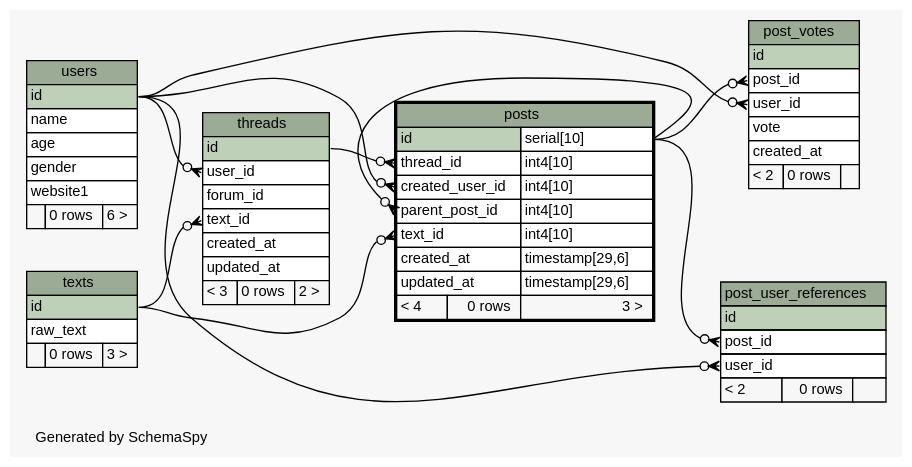
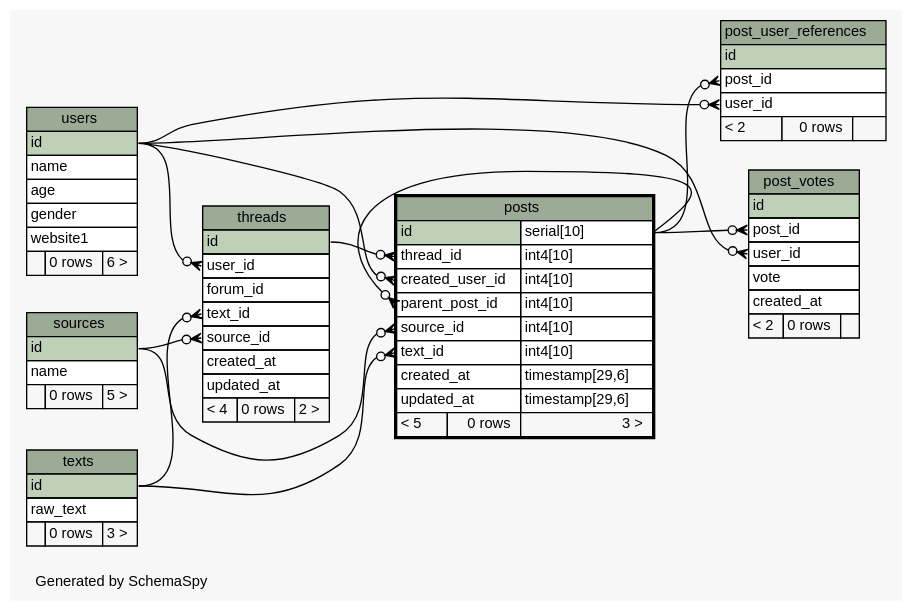
One commit to ryanaustincarlson/moocdb changed the diagram in library/diagrams/posts.1degree.dot. Above: the diagram before and after it, drawn with Graphviz. The commit also changed 79 other files, not shown here.

Commit message:
Adding source_id to threads and posts etc.

```diff
--- a/library/diagrams/posts.1degree.dot
+++ b/library/diagrams/posts.1degree.dot
@@ -1,114 +1,129 @@
 // dot 2.34.0 on Mac OS X 10.8.3
 // SchemaSpy rev 590
 digraph "oneDegreeRelationshipsDiagram" {
   graph [
     rankdir="RL"
     bgcolor="#f7f7f7"
     label="\nGenerated by SchemaSpy"
     labeljust="l"
     nodesep="0.18"
     ranksep="0.46"
     fontname="Helvetica"
     fontsize="11"
   ];
   node [
     fontname="Helvetica"
     fontsize="11"
     shape="plaintext"
   ];
   edge [
     arrowsize="0.8"
   ];
   "post_user_references":"post_id":w -> "posts":"id.type":e [arrowhead=none dir=back arrowtail=crowodot];
   "post_user_references":"user_id":w -> "users":"id":e [arrowhead=none dir=back arrowtail=crowodot];
   "post_votes":"post_id":w -> "posts":"id.type":e [arrowhead=none dir=back arrowtail=crowodot];
   "post_votes":"user_id":w -> "users":"id":e [arrowhead=none dir=back arrowtail=crowodot];
   "posts":"created_user_id":w -> "users":"id":e [arrowhead=none dir=back arrowtail=crowodot];
   "posts":"parent_post_id":w -> "posts":"id.type":e [arrowhead=none dir=back arrowtail=crowodot];
+  "posts":"source_id":w -> "sources":"id":e [arrowhead=none dir=back arrowtail=crowodot];
   "posts":"text_id":w -> "texts":"id":e [arrowhead=none dir=back arrowtail=crowodot];
   "posts":"thread_id":w -> "threads":"id":e [arrowhead=none dir=back arrowtail=crowodot];
+  "threads":"source_id":w -> "sources":"id":e [arrowhead=none dir=back arrowtail=crowodot];
   "threads":"text_id":w -> "texts":"id":e [arrowhead=none dir=back arrowtail=crowodot];
   "threads":"user_id":w -> "users":"id":e [arrowhead=none dir=back arrowtail=crowodot];
   "post_user_references" [
     label=<
     <TABLE BORDER="0" CELLBORDER="1" CELLSPACING="0" BGCOLOR="#ffffff">
       <TR><TD COLSPAN="3" BGCOLOR="#9bab96" ALIGN="CENTER">post_user_references</TD></TR>
       <TR><TD PORT="id" COLSPAN="3" BGCOLOR="#bed1b8" ALIGN="LEFT">id</TD></TR>
       <TR><TD PORT="post_id" COLSPAN="3" ALIGN="LEFT">post_id</TD></TR>
       <TR><TD PORT="user_id" COLSPAN="3" ALIGN="LEFT">user_id</TD></TR>
       <TR><TD ALIGN="LEFT" BGCOLOR="#f7f7f7">&lt; 2</TD><TD ALIGN="RIGHT" BGCOLOR="#f7f7f7">0 rows</TD><TD ALIGN="RIGHT" BGCOLOR="#f7f7f7">  </TD></TR>
     </TABLE>>
     URL="post_user_references.html"
     tooltip="post_user_references"
   ];
   "post_votes" [
     label=<
     <TABLE BORDER="0" CELLBORDER="1" CELLSPACING="0" BGCOLOR="#ffffff">
       <TR><TD COLSPAN="3" BGCOLOR="#9bab96" ALIGN="CENTER">post_votes</TD></TR>
       <TR><TD PORT="id" COLSPAN="3" BGCOLOR="#bed1b8" ALIGN="LEFT">id</TD></TR>
       <TR><TD PORT="post_id" COLSPAN="3" ALIGN="LEFT">post_id</TD></TR>
       <TR><TD PORT="user_id" COLSPAN="3" ALIGN="LEFT">user_id</TD></TR>
       <TR><TD PORT="vote" COLSPAN="3" ALIGN="LEFT">vote</TD></TR>
       <TR><TD PORT="created_at" COLSPAN="3" ALIGN="LEFT">created_at</TD></TR>
       <TR><TD ALIGN="LEFT" BGCOLOR="#f7f7f7">&lt; 2</TD><TD ALIGN="RIGHT" BGCOLOR="#f7f7f7">0 rows</TD><TD ALIGN="RIGHT" BGCOLOR="#f7f7f7">  </TD></TR>
     </TABLE>>
     URL="post_votes.html"
     tooltip="post_votes"
   ];
   "posts" [
     label=<
     <TABLE BORDER="2" CELLBORDER="1" CELLSPACING="0" BGCOLOR="#ffffff">
       <TR><TD COLSPAN="3" BGCOLOR="#9bab96" ALIGN="CENTER">posts</TD></TR>
       <TR><TD PORT="id" COLSPAN="2" BGCOLOR="#bed1b8" ALIGN="LEFT">id</TD><TD PORT="id.type" ALIGN="LEFT">serial[10]</TD></TR>
       <TR><TD PORT="thread_id" COLSPAN="2" ALIGN="LEFT">thread_id</TD><TD PORT="thread_id.type" ALIGN="LEFT">int4[10]</TD></TR>
       <TR><TD PORT="created_user_id" COLSPAN="2" ALIGN="LEFT">created_user_id</TD><TD PORT="created_user_id.type" ALIGN="LEFT">int4[10]</TD></TR>
       <TR><TD PORT="parent_post_id" COLSPAN="2" ALIGN="LEFT">parent_post_id</TD><TD PORT="parent_post_id.type" ALIGN="LEFT">int4[10]</TD></TR>
+      <TR><TD PORT="source_id" COLSPAN="2" ALIGN="LEFT">source_id</TD><TD PORT="source_id.type" ALIGN="LEFT">int4[10]</TD></TR>
       <TR><TD PORT="text_id" COLSPAN="2" ALIGN="LEFT">text_id</TD><TD PORT="text_id.type" ALIGN="LEFT">int4[10]</TD></TR>
       <TR><TD PORT="created_at" COLSPAN="2" ALIGN="LEFT">created_at</TD><TD PORT="created_at.type" ALIGN="LEFT">timestamp[29,6]</TD></TR>
       <TR><TD PORT="updated_at" COLSPAN="2" ALIGN="LEFT">updated_at</TD><TD PORT="updated_at.type" ALIGN="LEFT">timestamp[29,6]</TD></TR>
-      <TR><TD ALIGN="LEFT" BGCOLOR="#f7f7f7">&lt; 4</TD><TD ALIGN="RIGHT" BGCOLOR="#f7f7f7">0 rows</TD><TD ALIGN="RIGHT" BGCOLOR="#f7f7f7">3 &gt;</TD></TR>
+      <TR><TD ALIGN="LEFT" BGCOLOR="#f7f7f7">&lt; 5</TD><TD ALIGN="RIGHT" BGCOLOR="#f7f7f7">0 rows</TD><TD ALIGN="RIGHT" BGCOLOR="#f7f7f7">3 &gt;</TD></TR>
     </TABLE>>
     URL="posts.html"
     tooltip="posts"
+  ];
+  "sources" [
+    label=<
+    <TABLE BORDER="0" CELLBORDER="1" CELLSPACING="0" BGCOLOR="#ffffff">
+      <TR><TD COLSPAN="3" BGCOLOR="#9bab96" ALIGN="CENTER">sources</TD></TR>
+      <TR><TD PORT="id" COLSPAN="3" BGCOLOR="#bed1b8" ALIGN="LEFT">id</TD></TR>
+      <TR><TD PORT="name" COLSPAN="3" ALIGN="LEFT">name</TD></TR>
+      <TR><TD ALIGN="LEFT" BGCOLOR="#f7f7f7">  </TD><TD ALIGN="RIGHT" BGCOLOR="#f7f7f7">0 rows</TD><TD ALIGN="RIGHT" BGCOLOR="#f7f7f7">5 &gt;</TD></TR>
+    </TABLE>>
+    URL="sources.html"
+    tooltip="sources"
   ];
   "texts" [
     label=<
     <TABLE BORDER="0" CELLBORDER="1" CELLSPACING="0" BGCOLOR="#ffffff">
       <TR><TD COLSPAN="3" BGCOLOR="#9bab96" ALIGN="CENTER">texts</TD></TR>
       <TR><TD PORT="id" COLSPAN="3" BGCOLOR="#bed1b8" ALIGN="LEFT">id</TD></TR>
       <TR><TD PORT="raw_text" COLSPAN="3" ALIGN="LEFT">raw_text</TD></TR>
       <TR><TD ALIGN="LEFT" BGCOLOR="#f7f7f7">  </TD><TD ALIGN="RIGHT" BGCOLOR="#f7f7f7">0 rows</TD><TD ALIGN="RIGHT" BGCOLOR="#f7f7f7">3 &gt;</TD></TR>
     </TABLE>>
     URL="texts.html"
     tooltip="texts"
   ];
   "threads" [
     label=<
     <TABLE BORDER="0" CELLBORDER="1" CELLSPACING="0" BGCOLOR="#ffffff">
       <TR><TD COLSPAN="3" BGCOLOR="#9bab96" ALIGN="CENTER">threads</TD></TR>
       <TR><TD PORT="id" COLSPAN="3" BGCOLOR="#bed1b8" ALIGN="LEFT">id</TD></TR>
       <TR><TD PORT="user_id" COLSPAN="3" ALIGN="LEFT">user_id</TD></TR>
       <TR><TD PORT="forum_id" COLSPAN="3" ALIGN="LEFT">forum_id</TD></TR>
       <TR><TD PORT="text_id" COLSPAN="3" ALIGN="LEFT">text_id</TD></TR>
+      <TR><TD PORT="source_id" COLSPAN="3" ALIGN="LEFT">source_id</TD></TR>
       <TR><TD PORT="created_at" COLSPAN="3" ALIGN="LEFT">created_at</TD></TR>
       <TR><TD PORT="updated_at" COLSPAN="3" ALIGN="LEFT">updated_at</TD></TR>
-      <TR><TD ALIGN="LEFT" BGCOLOR="#f7f7f7">&lt; 3</TD><TD ALIGN="RIGHT" BGCOLOR="#f7f7f7">0 rows</TD><TD ALIGN="RIGHT" BGCOLOR="#f7f7f7">2 &gt;</TD></TR>
+      <TR><TD ALIGN="LEFT" BGCOLOR="#f7f7f7">&lt; 4</TD><TD ALIGN="RIGHT" BGCOLOR="#f7f7f7">0 rows</TD><TD ALIGN="RIGHT" BGCOLOR="#f7f7f7">2 &gt;</TD></TR>
     </TABLE>>
     URL="threads.html"
     tooltip="threads"
   ];
   "users" [
     label=<
     <TABLE BORDER="0" CELLBORDER="1" CELLSPACING="0" BGCOLOR="#ffffff">
       <TR><TD COLSPAN="3" BGCOLOR="#9bab96" ALIGN="CENTER">users</TD></TR>
       <TR><TD PORT="id" COLSPAN="3" BGCOLOR="#bed1b8" ALIGN="LEFT">id</TD></TR>
       <TR><TD PORT="name" COLSPAN="3" ALIGN="LEFT">name</TD></TR>
       <TR><TD PORT="age" COLSPAN="3" ALIGN="LEFT">age</TD></TR>
       <TR><TD PORT="gender" COLSPAN="3" ALIGN="LEFT">gender</TD></TR>
       <TR><TD PORT="website1" COLSPAN="3" ALIGN="LEFT">website1</TD></TR>
       <TR><TD ALIGN="LEFT" BGCOLOR="#f7f7f7">  </TD><TD ALIGN="RIGHT" BGCOLOR="#f7f7f7">0 rows</TD><TD ALIGN="RIGHT" BGCOLOR="#f7f7f7">6 &gt;</TD></TR>
     </TABLE>>
     URL="users.html"
     tooltip="users"
   ];
 }
```
